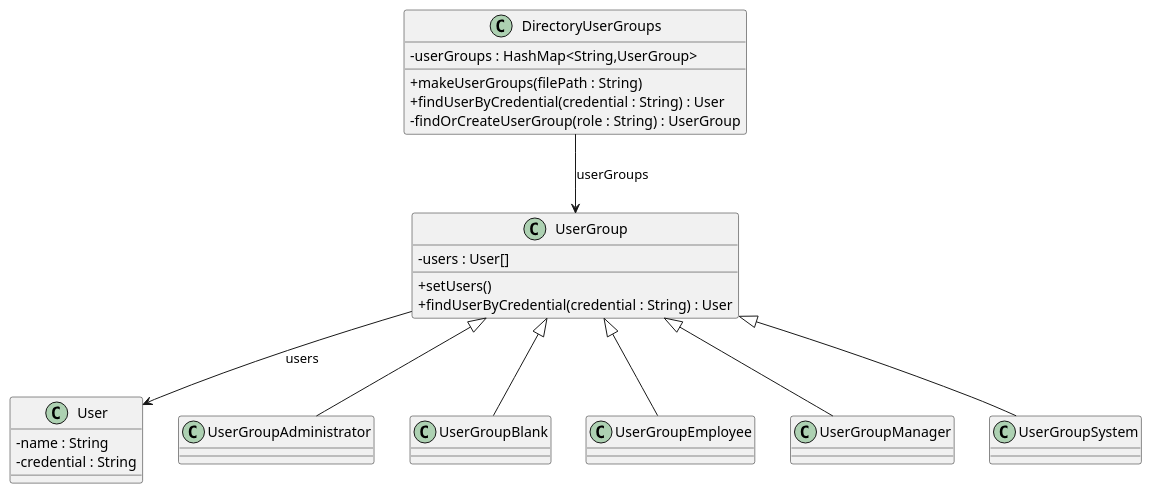
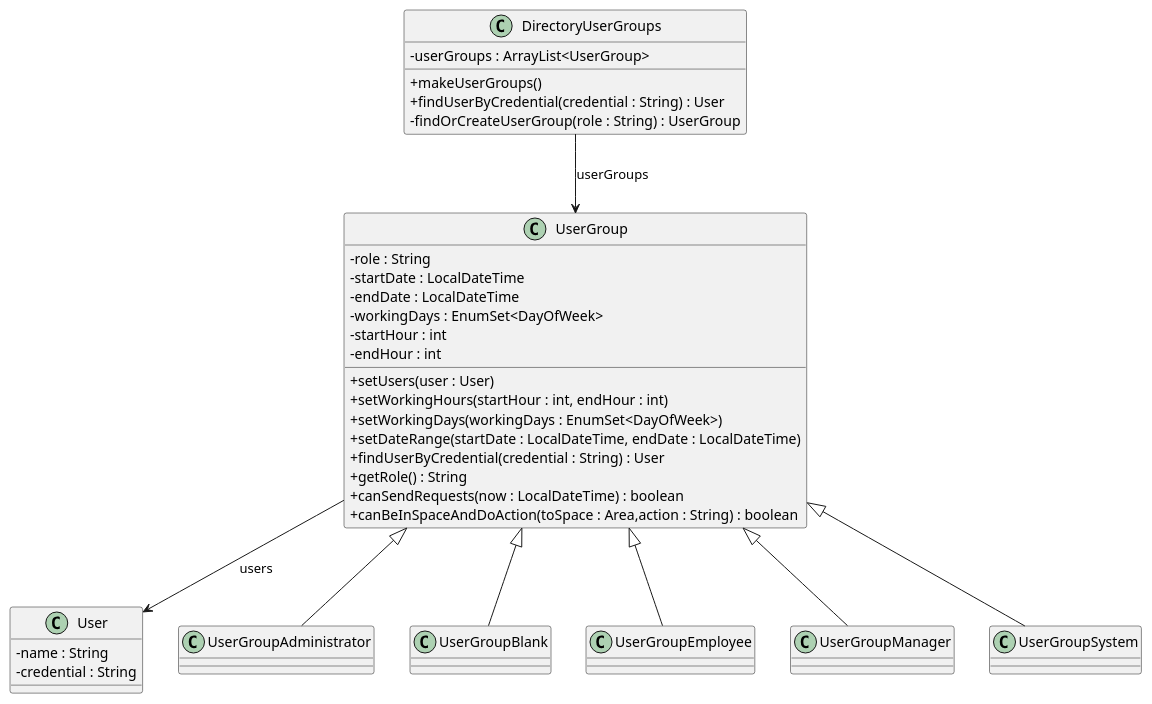
The diagram in src/baseNoStates/uml/Users.puml (alexuab69/PracticaDS), drawn with PlantUML before and after one commit. The commit also changed 6 other files, not shown here.

Commit message:
+ Comentarios ingles + Correcciones + Uml

```diff
--- a/src/baseNoStates/uml/Users.puml
+++ b/src/baseNoStates/uml/Users.puml
@@ -1,41 +1,52 @@
-@startuml
+ @startuml
 'https://plantuml.com/sequence-diagram
 skinparam classAttributeIconSize 0
 
 class DirectoryUserGroups {
-    - userGroups : HashMap<String,UserGroup>
-    + makeUserGroups(filePath : String)
+    - userGroups : ArrayList<UserGroup>
+    + makeUserGroups()
     + findUserByCredential(credential : String) : User
     - findOrCreateUserGroup(role : String) : UserGroup
 }
 
 class UserGroup {
-    - users : User[]
-    + setUsers()
+    - role : String
+    - startDate : LocalDateTime
+    - endDate : LocalDateTime
+    - workingDays : EnumSet<DayOfWeek>
+    - startHour : int
+    - endHour : int
+    + setUsers(user : User)
+    + setWorkingHours(startHour : int, endHour : int)
+    + setWorkingDays(workingDays : EnumSet<DayOfWeek>)
+    + setDateRange(startDate : LocalDateTime, endDate : LocalDateTime)
     + findUserByCredential(credential : String) : User
+    + getRole() : String
+    + canSendRequests(now : LocalDateTime) : boolean
+    + canBeInSpaceAndDoAction(toSpace : Area,action : String) : boolean
 }
 
 class User {
     - name : String
     - credential : String
 }
 
 class UserGroupAdministrator extends UserGroup{
 
 }
 class UserGroupBlank extends UserGroup{
 
 }
 class UserGroupEmployee extends UserGroup{
 
 }
 class UserGroupManager extends UserGroup{
 
 }
 class UserGroupSystem extends UserGroup{
 
 }
 
 DirectoryUserGroups  -->  UserGroup : userGroups
 UserGroup  -->  User : users
 @enduml
```
